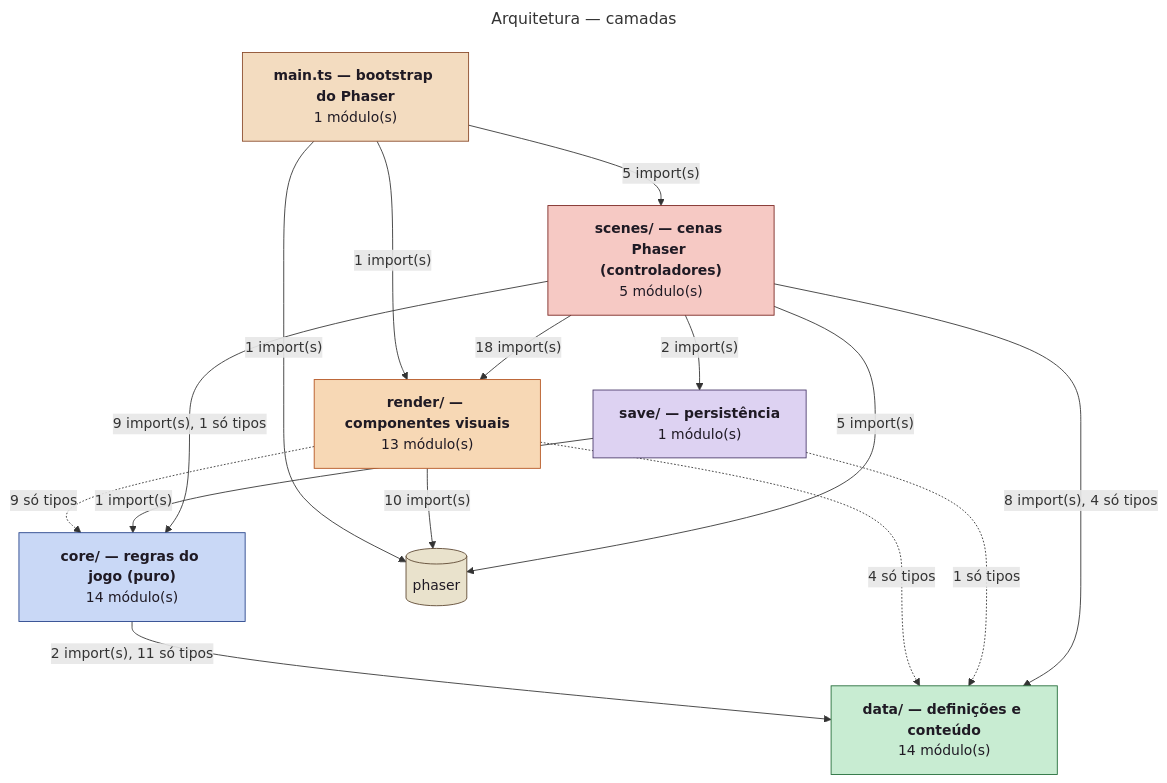
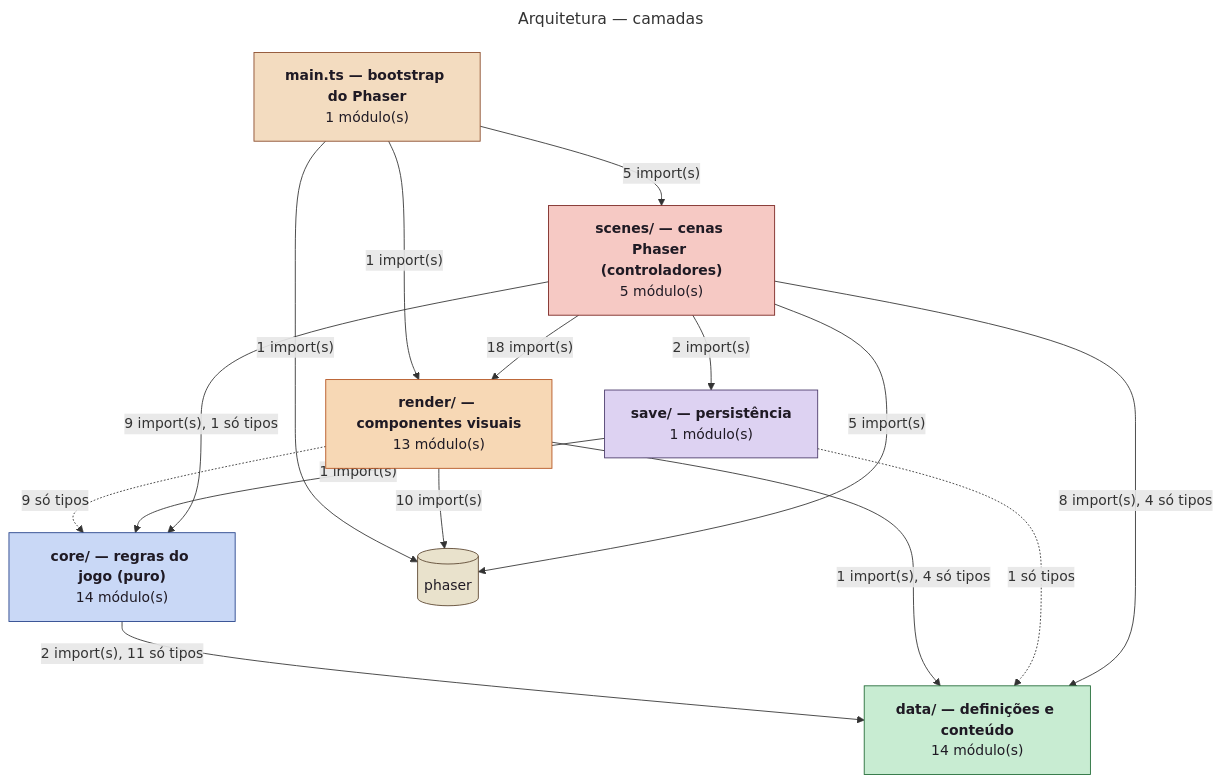
Before and after one commit to Pitossomos/fire-crest: the first of 2 diagrams in docs/diagrams/architecture.md, drawn with Mermaid. The commit also changed other lines of this file and 21 other files, not shown here.

````diff
--- a/docs/diagrams/architecture.md
+++ b/docs/diagrams/architecture.md
@@ -11,34 +11,34 @@
 ```mermaid
 ---
 title: Arquitetura — camadas
 ---
 flowchart TB
   app["<b>main.ts — bootstrap do Phaser</b><br/>1 módulo(s)"]:::layer_app
   scenes["<b>scenes/ — cenas Phaser (controladores)</b><br/>5 módulo(s)"]:::layer_scenes
   render["<b>render/ — componentes visuais</b><br/>13 módulo(s)"]:::layer_render
   core["<b>core/ — regras do jogo (puro)</b><br/>14 módulo(s)"]:::layer_core
   data["<b>data/ — definições e conteúdo</b><br/>14 módulo(s)"]:::layer_data
   save["<b>save/ — persistência</b><br/>1 módulo(s)"]:::layer_save
   ext_phaser[("phaser")]:::external
   app -->|"1 import(s)"| ext_phaser
   app -->|"1 import(s)"| render
   app -->|"5 import(s)"| scenes
   core -->|"2 import(s), 11 só tipos"| data
   render -.->|"9 só tipos"| core
-  render -.->|"4 só tipos"| data
+  render -->|"1 import(s), 4 só tipos"| data
   render -->|"10 import(s)"| ext_phaser
   save -->|"1 import(s)"| core
   save -.->|"1 só tipos"| data
   scenes -->|"9 import(s), 1 só tipos"| core
   scenes -->|"8 import(s), 4 só tipos"| data
   scenes -->|"5 import(s)"| ext_phaser
   scenes -->|"18 import(s)"| render
   scenes -->|"2 import(s)"| save
   classDef external fill:#e9e2cc,stroke:#5c4630,color:#1f1a24
   classDef layer_app fill:#f3dcc0,stroke:#8a4a2a,color:#1f1a24
   classDef layer_scenes fill:#f6c9c4,stroke:#7a2420,color:#1f1a24
   classDef layer_render fill:#f7d8b5,stroke:#b4531f,color:#1f1a24
   classDef layer_core fill:#c9d8f6,stroke:#24418a,color:#1f1a24
   classDef layer_data fill:#c8ecd2,stroke:#226b37,color:#1f1a24
   classDef layer_save fill:#ddd2f2,stroke:#4b3a6b,color:#1f1a24
 ```
````
